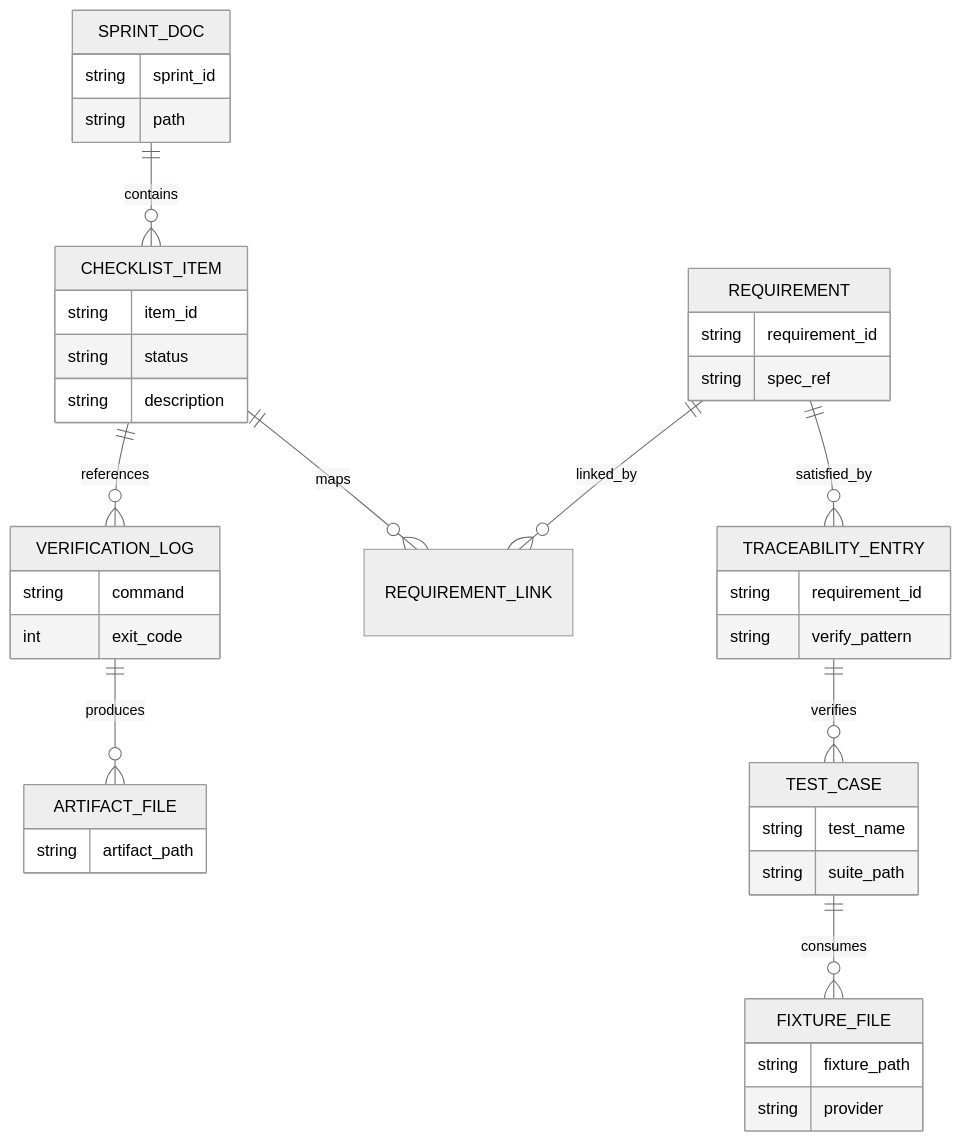
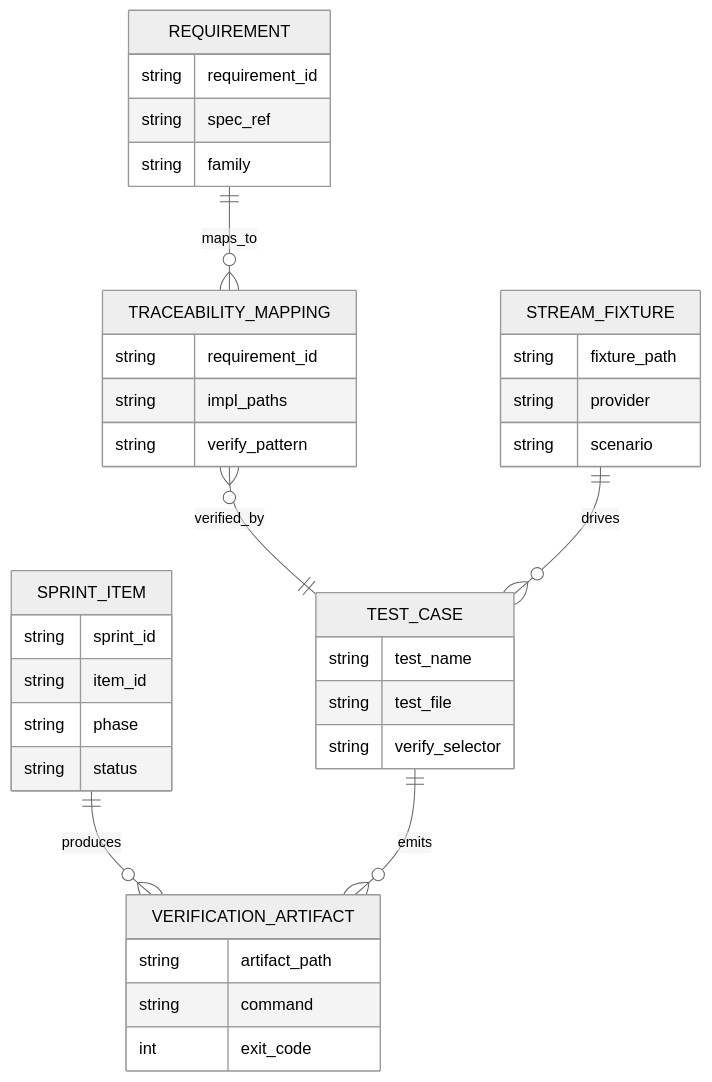
The second of 5 diagrams in docs/sprints/SPRINT-005-comprehensive-implementation-plan.md (jaytaylor/attractor-tcl), drawn with Mermaid (neutral theme) before and after one commit. The commit also changed other lines of this file, not shown here.

Commit message:
docs(sprint-005): mark comprehensive implementation plan complete with evidence

````diff
--- a/docs/sprints/SPRINT-005-comprehensive-implementation-plan.md
+++ b/docs/sprints/SPRINT-005-comprehensive-implementation-plan.md
@@ -1273,44 +874,40 @@
 ```mermaid
 erDiagram
-  SPRINT_DOC ||--o{ CHECKLIST_ITEM : contains
-  CHECKLIST_ITEM ||--o{ VERIFICATION_LOG : references
-  CHECKLIST_ITEM ||--o{ REQUIREMENT_LINK : maps
-  REQUIREMENT ||--o{ REQUIREMENT_LINK : linked_by
-  REQUIREMENT ||--o{ TRACEABILITY_ENTRY : satisfied_by
-  TRACEABILITY_ENTRY ||--o{ TEST_CASE : verifies
-  TEST_CASE ||--o{ FIXTURE_FILE : consumes
-  VERIFICATION_LOG ||--o{ ARTIFACT_FILE : produces
+  SPRINT_ITEM ||--o{ VERIFICATION_ARTIFACT : produces
+  REQUIREMENT ||--o{ TRACEABILITY_MAPPING : maps_to
+  TRACEABILITY_MAPPING }o--|| TEST_CASE : verified_by
+  TEST_CASE ||--o{ VERIFICATION_ARTIFACT : emits
+  STREAM_FIXTURE ||--o{ TEST_CASE : drives
 
-  SPRINT_DOC {
+  SPRINT_ITEM {
     string sprint_id
-    string path
-  }
-  CHECKLIST_ITEM {
     string item_id
+    string phase
     string status
-    string description
   }
   REQUIREMENT {
     string requirement_id
     string spec_ref
+    string family
   }
-  TRACEABILITY_ENTRY {
+  TRACEABILITY_MAPPING {
     string requirement_id
+    string impl_paths
     string verify_pattern
   }
   TEST_CASE {
     string test_name
-    string suite_path
+    string test_file
+    string verify_selector
   }
-  FIXTURE_FILE {
+  STREAM_FIXTURE {
     string fixture_path
     string provider
+    string scenario
   }
-  VERIFICATION_LOG {
+  VERIFICATION_ARTIFACT {
+    string artifact_path
     string command
     int exit_code
   }
-  ARTIFACT_FILE {
-    string artifact_path
-  }
 ```
````
